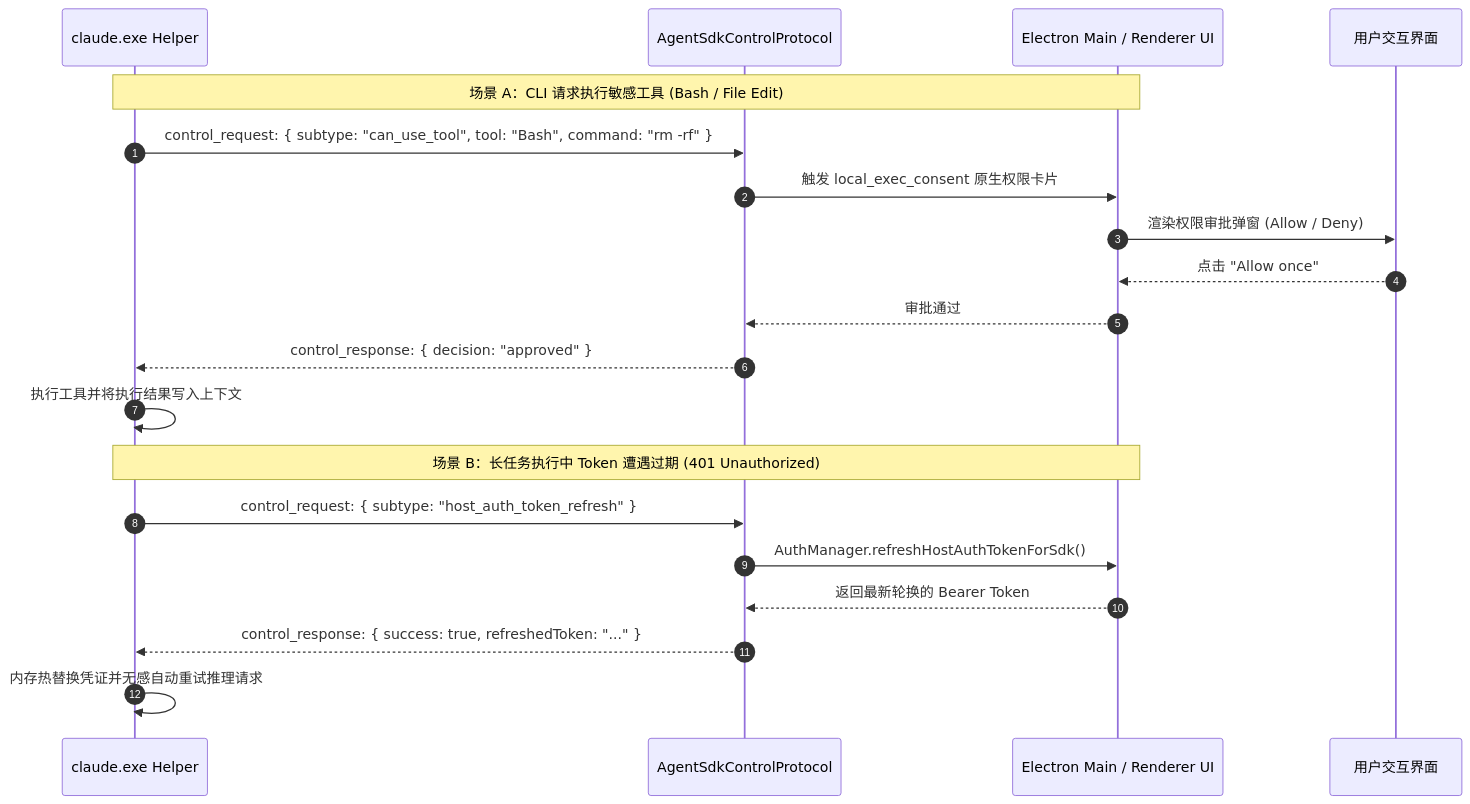
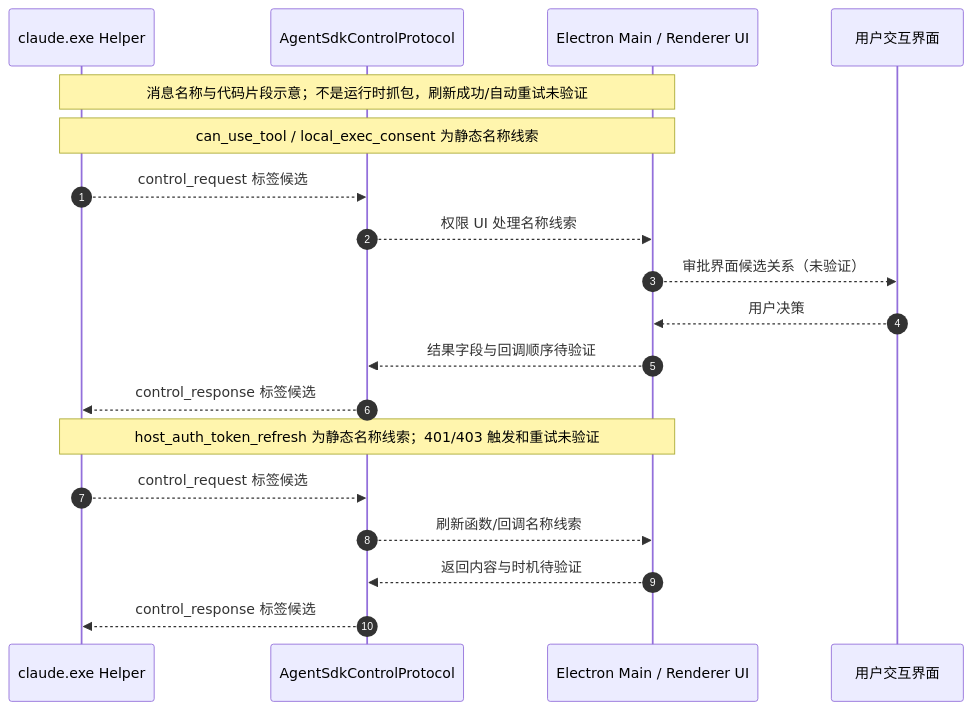
The third of 5 diagrams in claude-desktop-architecture.md (tyloryang/claude-code-desktop-reverse-analyse), drawn with Mermaid before and after one commit. The commit also changed other lines of this file and 17 other files, not shown here.

````diff
--- a/claude-desktop-architecture.md
+++ b/claude-desktop-architecture.md
@@ -887,24 +843,24 @@
 ```mermaid
 sequenceDiagram
     autonumber
     participant CLI as claude.exe Helper
     participant SDK as AgentSdkControlProtocol
     participant UI as Electron Main / Renderer UI
     participant User as 用户交互界面
 
-    Note over CLI,UI: 场景 A：CLI 请求执行敏感工具 (Bash / File Edit)
-    CLI->>SDK: control_request: { subtype: "can_use_tool", tool: "Bash", command: "rm -rf" }
-    SDK->>UI: 触发 local_exec_consent 原生权限卡片
-    UI->>User: 渲染权限审批弹窗 (Allow / Deny)
-    User-->>UI: 点击 "Allow once"
-    UI-->>SDK: 审批通过
-    SDK-->>CLI: control_response: { decision: "approved" }
-    CLI->>CLI: 执行工具并将执行结果写入上下文
+    Note over CLI,UI: 消息名称与代码片段示意；不是运行时抓包，刷新成功/自动重试未验证
 
-    Note over CLI,UI: 场景 B：长任务执行中 Token 遭遇过期 (401 Unauthorized)
-    CLI->>SDK: control_request: { subtype: "host_auth_token_refresh" }
-    SDK->>UI: AuthManager.refreshHostAuthTokenForSdk()
-    UI-->>SDK: 返回最新轮换的 Bearer Token
-    SDK-->>CLI: control_response: { success: true, refreshedToken: "..." }
-    CLI->>CLI: 内存热替换凭证并无感自动重试推理请求
+    Note over CLI,UI: can_use_tool / local_exec_consent 为静态名称线索
+    CLI-->>SDK: control_request 标签候选
+    SDK-->>UI: 权限 UI 处理名称线索
+    UI-->>User: 审批界面候选关系（未验证）
+    User-->>UI: 用户决策
+    UI-->>SDK: 结果字段与回调顺序待验证
+    SDK-->>CLI: control_response 标签候选
+
+    Note over CLI,UI: host_auth_token_refresh 为静态名称线索；401/403 触发和重试未验证
+    CLI-->>SDK: control_request 标签候选
+    SDK-->>UI: 刷新函数/回调名称线索
+    UI-->>SDK: 返回内容与时机待验证
+    SDK-->>CLI: control_response 标签候选
 ```
````
